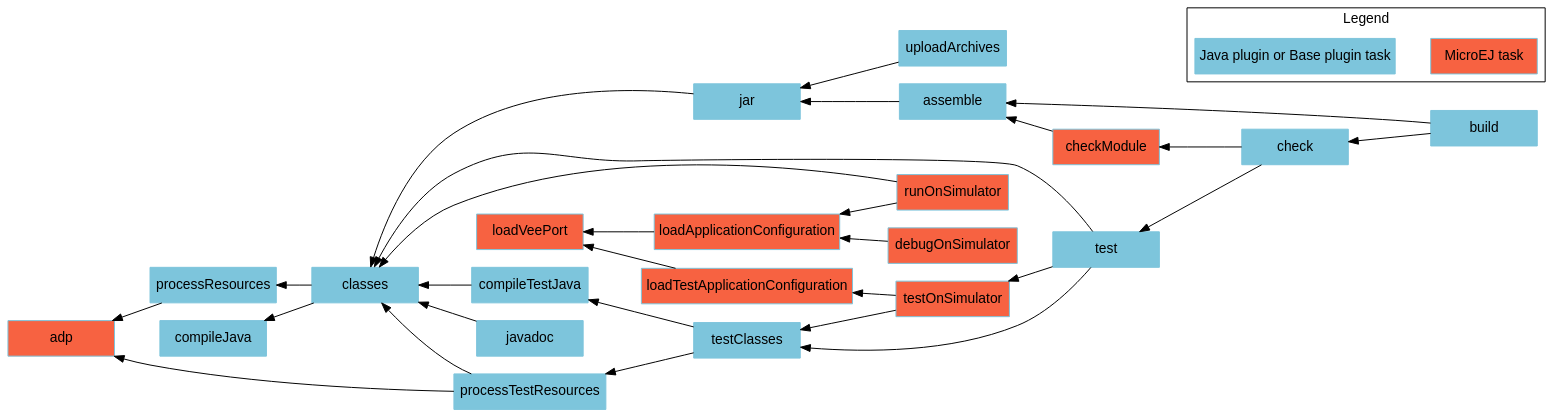
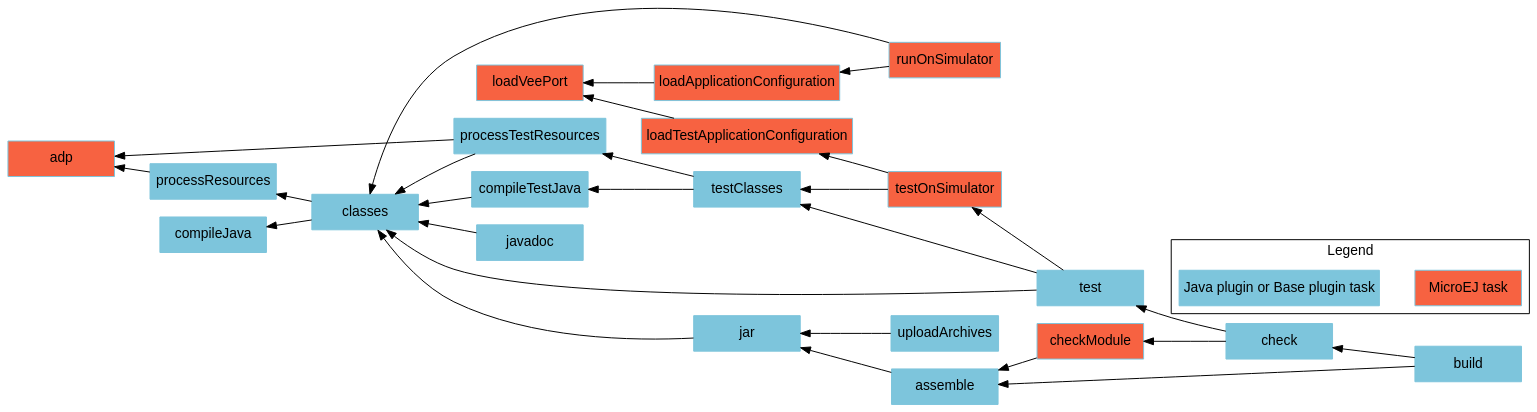
The diagram in SDK6UserGuide/graphAddonLibraryModule.dot (MicroEJ/docs), drawn with Graphviz before and after one commit. The commit also changed 3 other files, not shown here.

Commit message:
replace the debugOnSimulator task by the debug.mode property

```diff
--- a/SDK6UserGuide/graphAddonLibraryModule.dot
+++ b/SDK6UserGuide/graphAddonLibraryModule.dot
@@ -1,56 +1,54 @@
 digraph mygraph {
     rankdir="RL";
     bgcolor="transparent"
     fontname="Helvetica,Arial,sans-serif"
     node [
         shape = box
         width = 1.5
         color = "#7dc5dc"
         style = filled
         fontname="Helvetica,Arial,sans-serif"
     ]
     edge [fontname="Helvetica,Arial,sans-serif"]
     "adp" [fillcolor = "#f76241"]
     "checkModule" [fillcolor = "#f76241"]
     "loadVeePort" [fillcolor = "#f76241"]
     "loadApplicationConfiguration" [fillcolor = "#f76241"]
     "loadTestApplicationConfiguration" [fillcolor = "#f76241"]
     "runOnSimulator" [fillcolor = "#f76241"]
-    "debugOnSimulator" [fillcolor = "#f76241"]
     "testOnSimulator" [fillcolor = "#f76241"]
     "build" -> "check"
     "check" -> "test"
     "test" -> "testOnSimulator"
     "test" -> "classes"
     "test" -> "testClasses"
     "testOnSimulator" -> "testClasses"
     "testOnSimulator" -> "loadTestApplicationConfiguration"
     "testClasses" -> "compileTestJava"
     "testClasses" -> "processTestResources"
     "loadTestApplicationConfiguration" -> "loadVeePort"
     "processResources" -> "adp"
     "processTestResources" -> "adp"
     "processTestResources" -> "classes"
     "compileTestJava" -> "classes"
     "javadoc" -> "classes"
     "classes" -> "compileJava"
     "classes" -> "processResources"
     "build" -> "assemble"
     "assemble" -> "jar"
     "uploadArchives" -> "jar"
     "jar" -> "classes"
     "runOnSimulator" -> "classes"
     "runOnSimulator" -> "loadApplicationConfiguration"
-    "debugOnSimulator" -> "loadApplicationConfiguration"
     "loadApplicationConfiguration" -> "loadVeePort"
     "checkModule" -> "assemble"
     "check" -> "checkModule"
 
     subgraph cluster_legend {
         label="Legend";
         microej [fillcolor="#f76241" label="MicroEJ task"];
         java [fillcolor="#7dc5dc" label="Java plugin or Base plugin task"];
         microej -> java [style=invis];
         java -> microej [style=invis];
     }
 }
```
